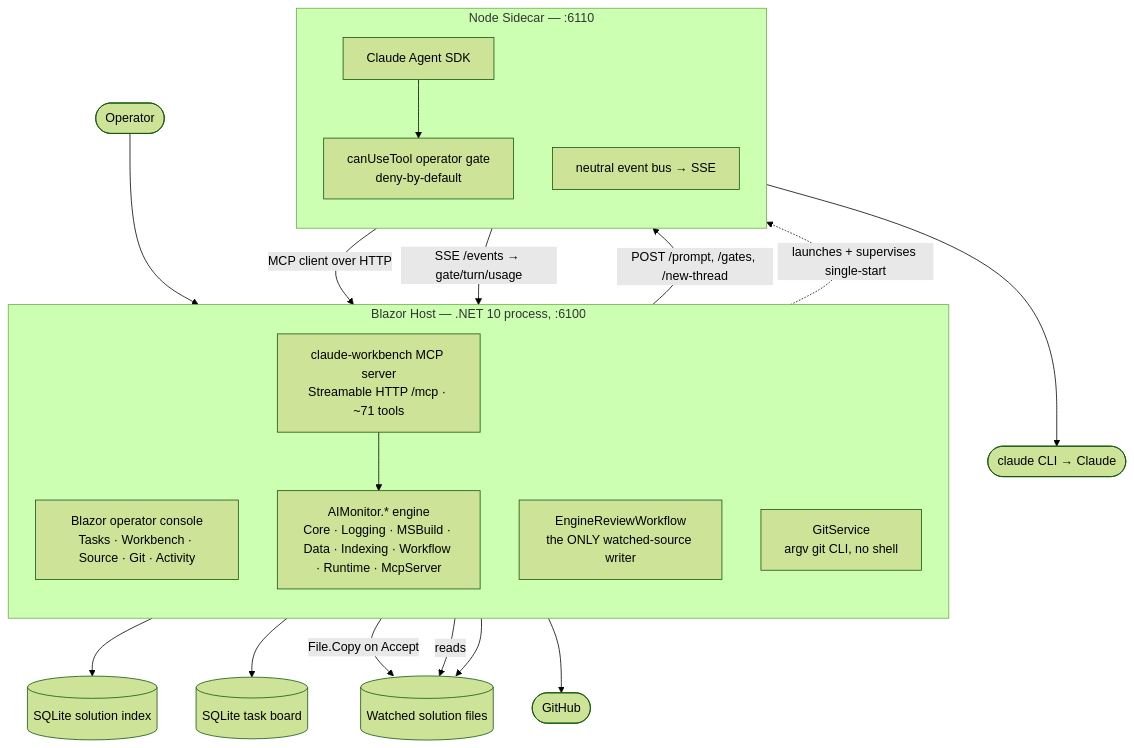
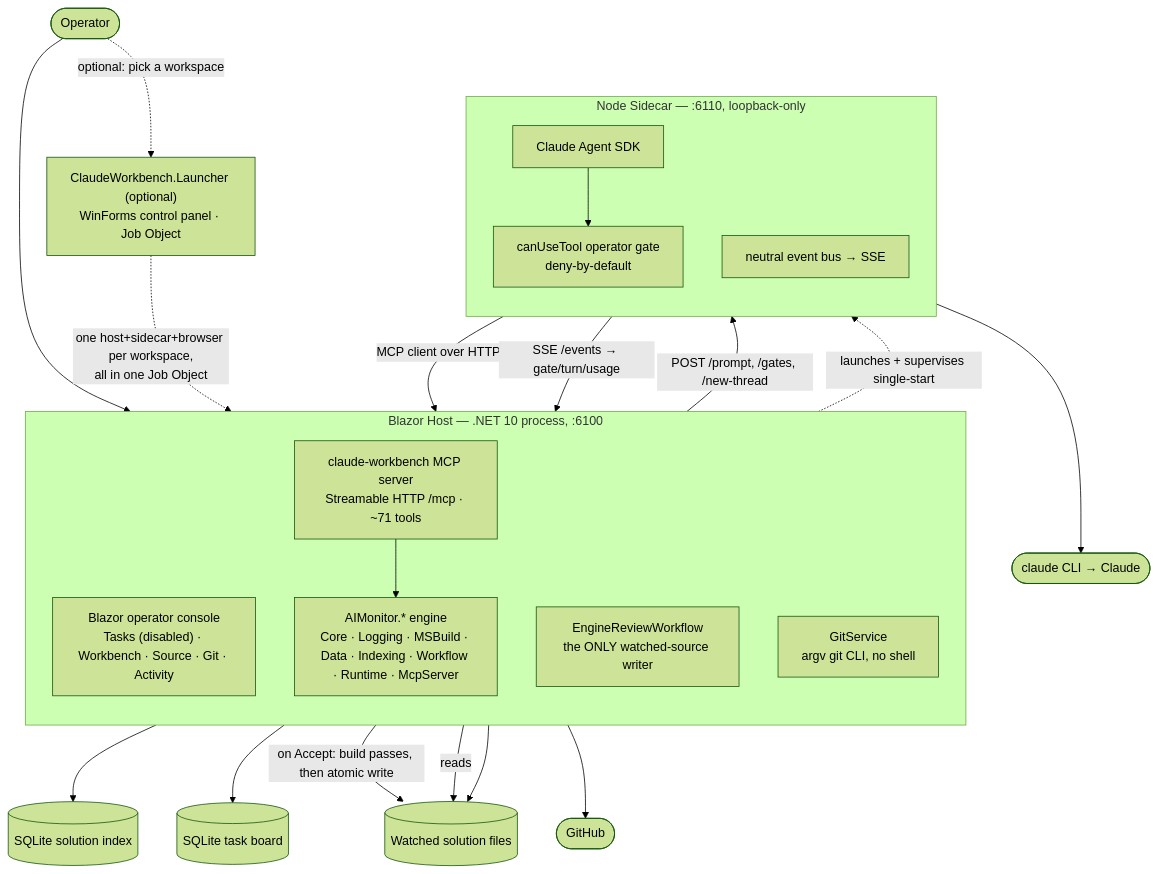
Before and after one commit to rdavi10471a2/ClaudeWorkbench: the second of 5 diagrams in docs/architecture/Architecture.md, drawn with Mermaid (forest theme). The commit also changed other lines of this file and 21 other files, not shown here.

````diff
--- a/docs/architecture/Architecture.md
+++ b/docs/architecture/Architecture.md
@@ -49,41 +50,44 @@
 ```mermaid
 flowchart TB
     operator([Operator])
+    launcher["ClaudeWorkbench.Launcher (optional)<br/>WinForms control panel · Job Object"]
 
     subgraph host["Blazor Host — .NET 10 process, :6100"]
         direction TB
-        ui[Blazor operator console<br/>Tasks · Workbench · Source · Git · Activity]
+        ui["Blazor operator console<br/>Tasks (disabled) · Workbench · Source · Git · Activity"]
         mcp[claude-workbench MCP server<br/>Streamable HTTP /mcp · ~71 tools]
         engine[AIMonitor.* engine<br/>Core · Logging · MSBuild · Data · Indexing · Workflow · Runtime · McpServer]
         rev[EngineReviewWorkflow<br/>the ONLY watched-source writer]
         git[GitService<br/>argv git CLI, no shell]
     end
 
-    subgraph side["Node Sidecar — :6110"]
+    subgraph side["Node Sidecar — :6110, loopback-only"]
         direction TB
         sdk[Claude Agent SDK]
         gate[canUseTool operator gate<br/>deny-by-default]
         bus[neutral event bus → SSE]
     end
 
     idx[(SQLite solution index)]
     board[(SQLite task board)]
     watched[(Watched solution files)]
     claudecli([claude CLI → Claude])
     remote([GitHub])
 
     operator --> ui
     ui -->|POST /prompt, /gates, /new-thread| side
     side -->|SSE /events → gate/turn/usage| ui
     sdk --> gate
     sdk -->|MCP client over HTTP| mcp
     sdk --> claudecli
     engine --> idx
     ui --> board
     mcp --> engine
-    rev -->|File.Copy on Accept| watched
+    rev -->|"on Accept: build passes, then atomic write"| watched
     engine -->|reads| watched
     git --> watched
     git --> remote
     host -.->|launches + supervises single-start| side
+    operator -.->|optional: pick a workspace| launcher
+    launcher -.->|one host+sidecar+browser per workspace,<br/>all in one Job Object| host
 ```
````
